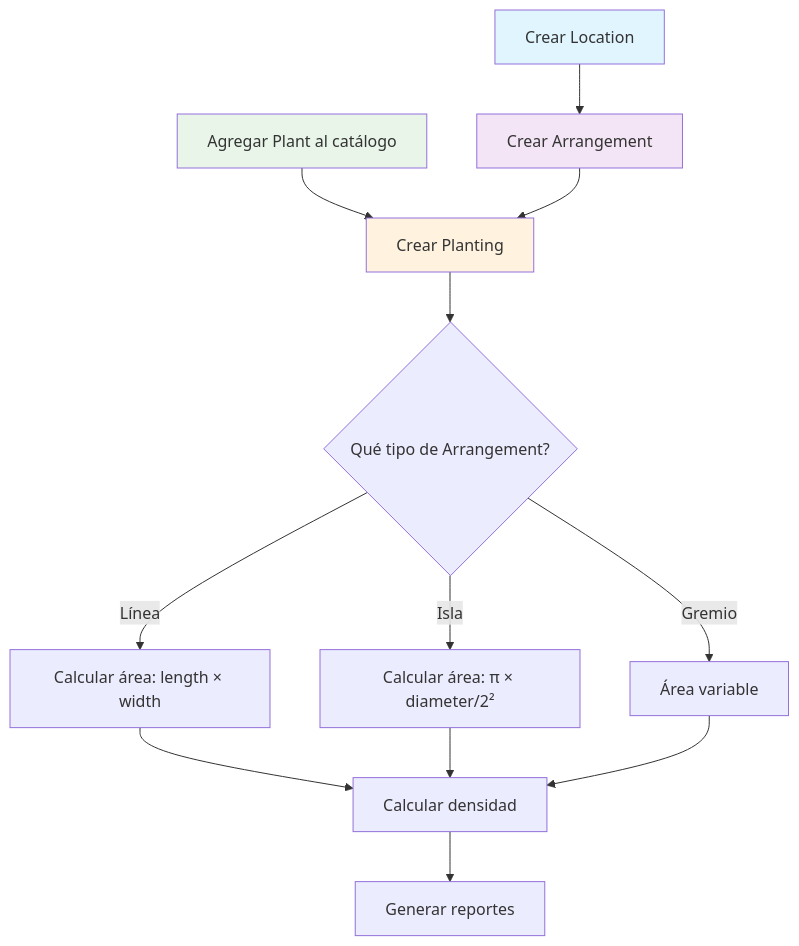
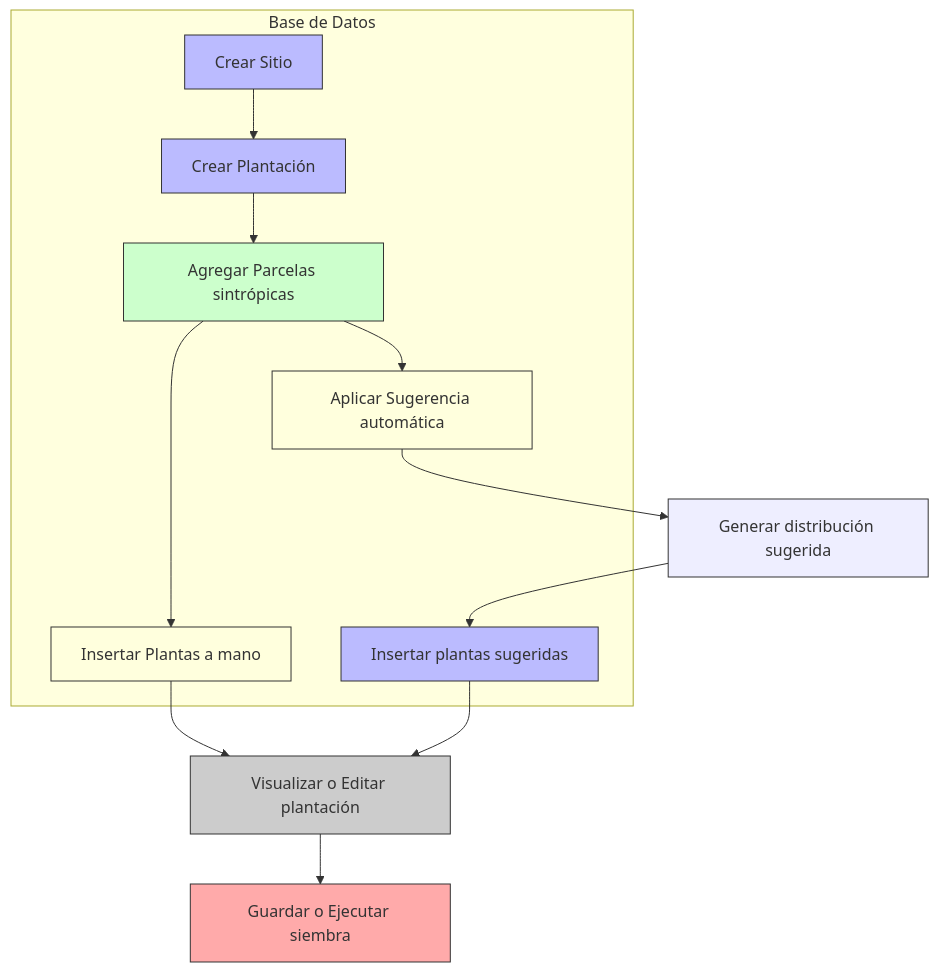
Before and after one commit to deibyssoca/sintronia: the second of 4 diagrams in docs/mermaid-diagram.md, drawn with Mermaid. The commit also changed other lines of this file and 4 other files, not shown here.

````diff
--- a/docs/mermaid-diagram.md
+++ b/docs/mermaid-diagram.md
@@ -69,22 +86,31 @@
 ```mermaid
-graph TD
-    A[Crear Location] --> B[Crear Arrangement]
-    C[Agregar Plant al catálogo] --> D[Crear Planting]
-    B --> D
-    
-    D --> E{Qué tipo de Arrangement?}
-    E -->|Línea| F[Calcular área: length × width]
-    E -->|Isla| G[Calcular área: π × diameter/2²]
-    E -->|Gremio| H[Área variable]
-    
-    F --> I[Calcular densidad]
-    G --> I
-    H --> I
-    
-    I --> J[Generar reportes]
-    
-    style A fill:#e1f5fe
-    style B fill:#f3e5f5
-    style C fill:#e8f5e8
-    style D fill:#fff3e0
+flowchart TD
+    A[Crear Sitio ] --> B[Crear Plantación ]
+    B --> C[Agregar Parcelas sintrópicas]
+    C --> D[Insertar Plantas a mano ]
+    C --> E[Aplicar Sugerencia automática]
+    E --> F[Generar distribución sugerida]
+    F --> G[Insertar plantas sugeridas]
+    D --> H[Visualizar o Editar plantación]
+    G --> H
+    H --> I[Guardar o Ejecutar siembra]
+
+    subgraph Base de Datos
+        A
+        B
+        C
+        D
+        E
+        G
+    end
+
+    style A fill:#bbf,stroke:#333,stroke-width:1px
+    style B fill:#bbf,stroke:#333,stroke-width:1px
+    style C fill:#cfc,stroke:#333,stroke-width:1px
+    style D fill:#ffd,stroke:#333,stroke-width:1px
+    style E fill:#ffd,stroke:#333,stroke-width:1px
+    style F fill:#eef,stroke:#333,stroke-width:1px
+    style G fill:#bbf,stroke:#333,stroke-width:1px
+    style H fill:#ccc,stroke:#333,stroke-width:1px
+    style I fill:#faa,stroke:#333,stroke-width:1px
 ```
````
